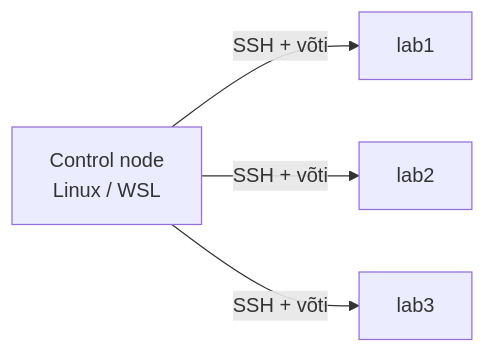
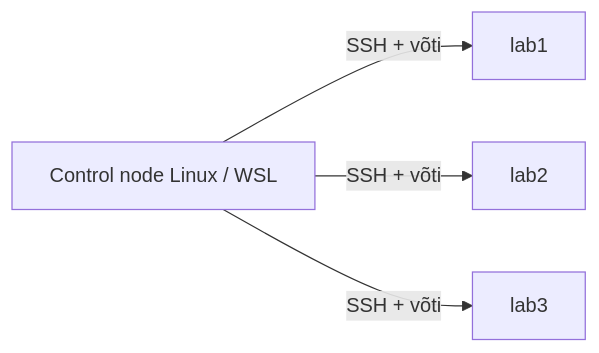
Before and after one commit to mariahkhk/vscode_course: the fourth of 5 diagrams in 4_ssh_github.md, drawn with Mermaid. The commit also changed other lines of this file, not shown here.

Commit message:
Refactor SSH guide for clarity and remove outdated content

````diff
--- a/4_ssh_github.md
+++ b/4_ssh_github.md
@@ -151,6 +122,6 @@
 ```mermaid
 graph LR
-    C[Control node<br/>Linux / WSL] -->|SSH + võti| L1[lab1]
+    C[Control node Linux / WSL] -->|SSH + võti| L1[lab1]
     C -->|SSH + võti| L2[lab2]
     C -->|SSH + võti| L3[lab3]
 ```
````
